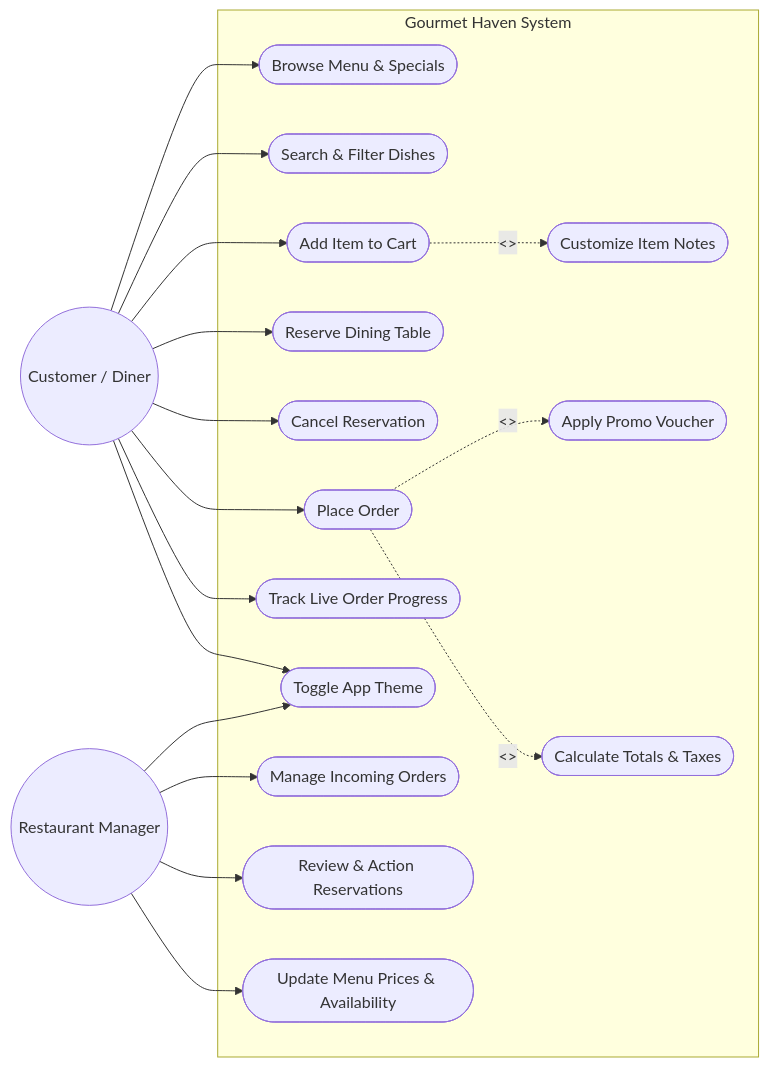
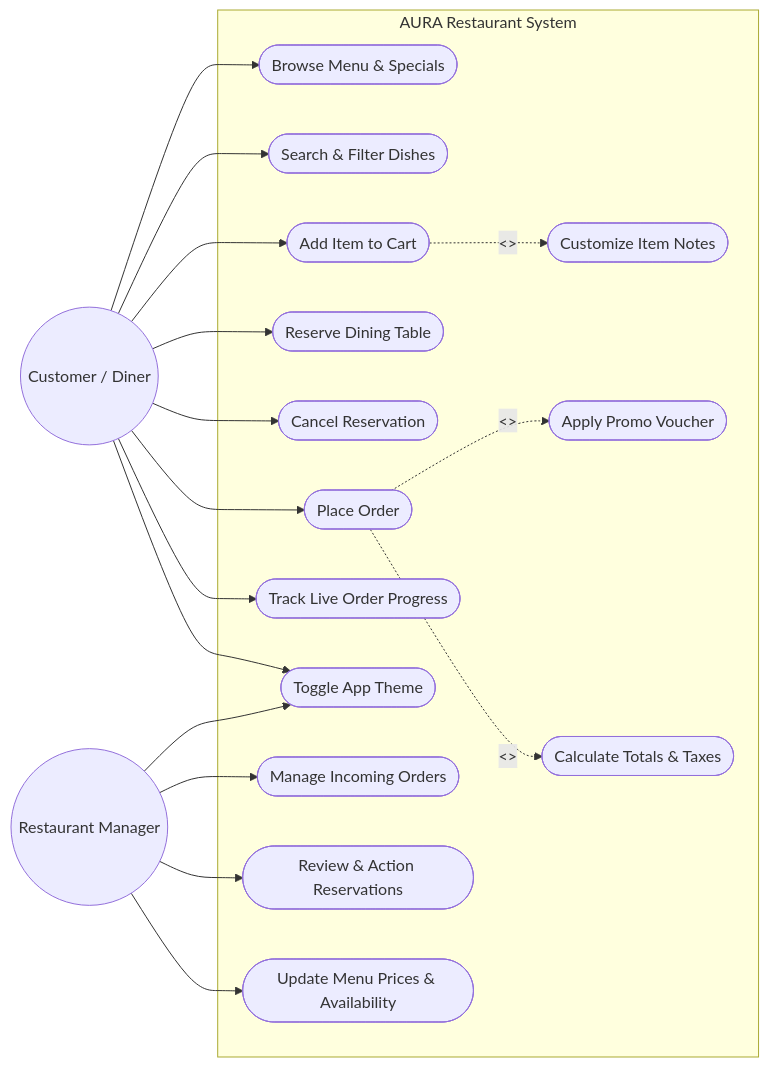
The first of 5 diagrams in A1/UML/README.md (obaids093-prog/Restaurant-app), drawn with Mermaid before and after one commit. The commit also changed other lines of this file and 44 other files, not shown here.

````diff
--- a/A1/UML/README.md
+++ b/A1/UML/README.md
@@ -23,37 +23,37 @@
 ```mermaid
 graph LR
-    subgraph System_Boundary ["Gourmet Haven System"]
+    subgraph System_Boundary ["AURA Restaurant System"]
         UC1(["Browse Menu & Specials"])
         UC2(["Search & Filter Dishes"])
         UC3(["Add Item to Cart"])
         UC4(["Customize Item Notes"])
         UC5(["Apply Promo Voucher"])
         UC6(["Reserve Dining Table"])
         UC7(["Cancel Reservation"])
         UC8(["Place Order"])
         UC9(["Track Live Order Progress"])
         UC10(["Toggle App Theme"])
         UC11(["Manage Incoming Orders"])
         UC12(["Review & Action Reservations"])
         UC13(["Update Menu Prices & Availability"])
         UC14(["Calculate Totals & Taxes"])
 
         UC8 -.->|"<<include>>"| UC14
         UC8 -.->|"<<extend>>"| UC5
         UC3 -.->|"<<extend>>"| UC4
     end
 
     Customer((Customer / Diner)) --> UC1
     Customer --> UC2
     Customer --> UC3
     Customer --> UC6
     Customer --> UC7
     Customer --> UC8
     Customer --> UC9
     Customer --> UC10
 
     Manager((Restaurant Manager)) --> UC11
     Manager --> UC12
     Manager --> UC13
     Manager --> UC10
 ```
````
